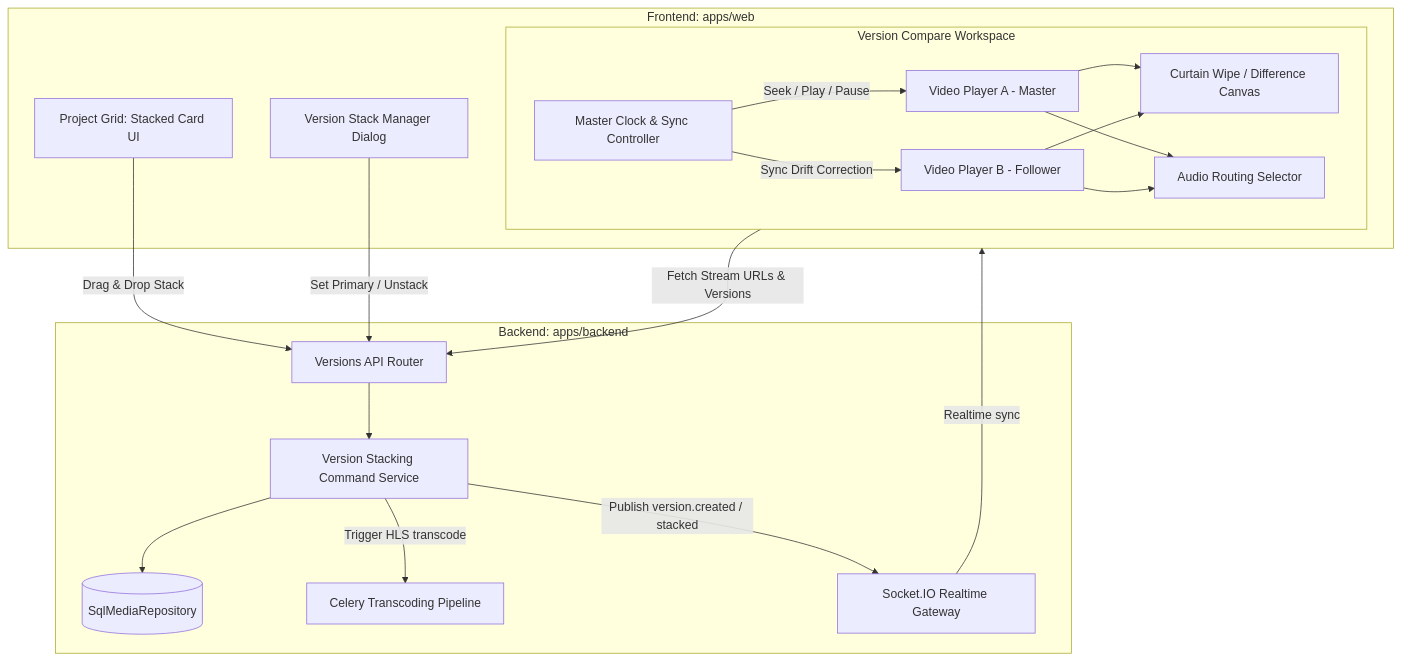
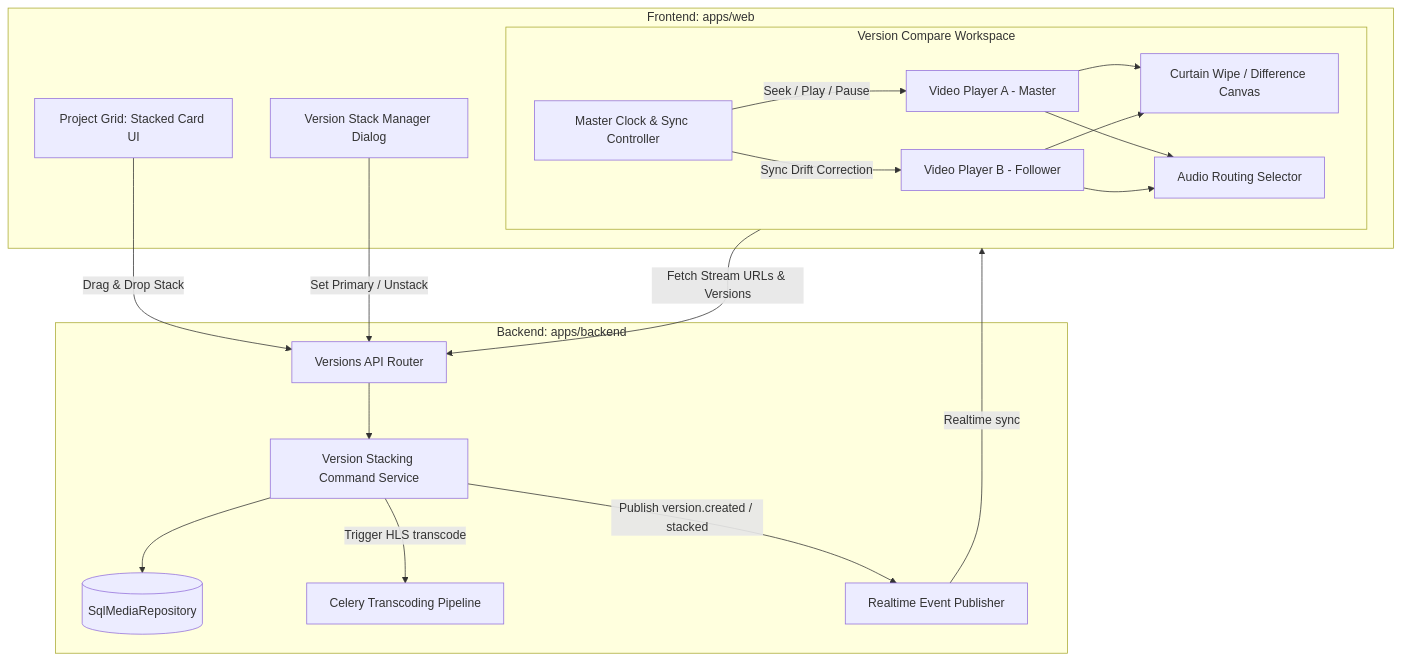
The diagram in docs/PHASE_8B_PLAN.md (khanhnkq/feed.io), drawn with Mermaid before and after one commit. The commit also changed other lines of this file and 12 other files, not shown here.

Commit message:
docs: translate and update project planning and architecture documents to English

````diff
--- a/docs/PHASE_8B_PLAN.md
+++ b/docs/PHASE_8B_PLAN.md
@@ -32,34 +32,34 @@
 ```mermaid
 flowchart TD
     subgraph Frontend["Frontend: apps/web"]
         PG[Project Grid: Stacked Card UI]
         VSD[Version Stack Manager Dialog]
         subgraph DualPlayer["Version Compare Workspace"]
             MC[Master Clock & Sync Controller]
             VA[Video Player A - Master]
             VB[Video Player B - Follower]
             CS[Curtain Wipe / Difference Canvas]
             AR[Audio Routing Selector]
             MC -->|Seek / Play / Pause| VA
             MC -->|Sync Drift Correction| VB
             VA & VB --> CS
             VA & VB --> AR
         end
     end
 
     subgraph Backend["Backend: apps/backend"]
         VR[Versions API Router]
         VSC[Version Stacking Command Service]
         MR[(SqlMediaRepository)]
         Q[Celery Transcoding Pipeline]
-        WS[Socket.IO Realtime Gateway]
+        WS[Realtime Event Publisher]
     end
 
     PG -->|Drag & Drop Stack| VR
     VSD -->|Set Primary / Unstack| VR
     DualPlayer -->|Fetch Stream URLs & Versions| VR
     VR --> VSC --> MR
     VSC -->|Publish version.created / stacked| WS
     VSC -->|Trigger HLS transcode| Q
     WS -->|Realtime sync| Frontend
 ```
````
